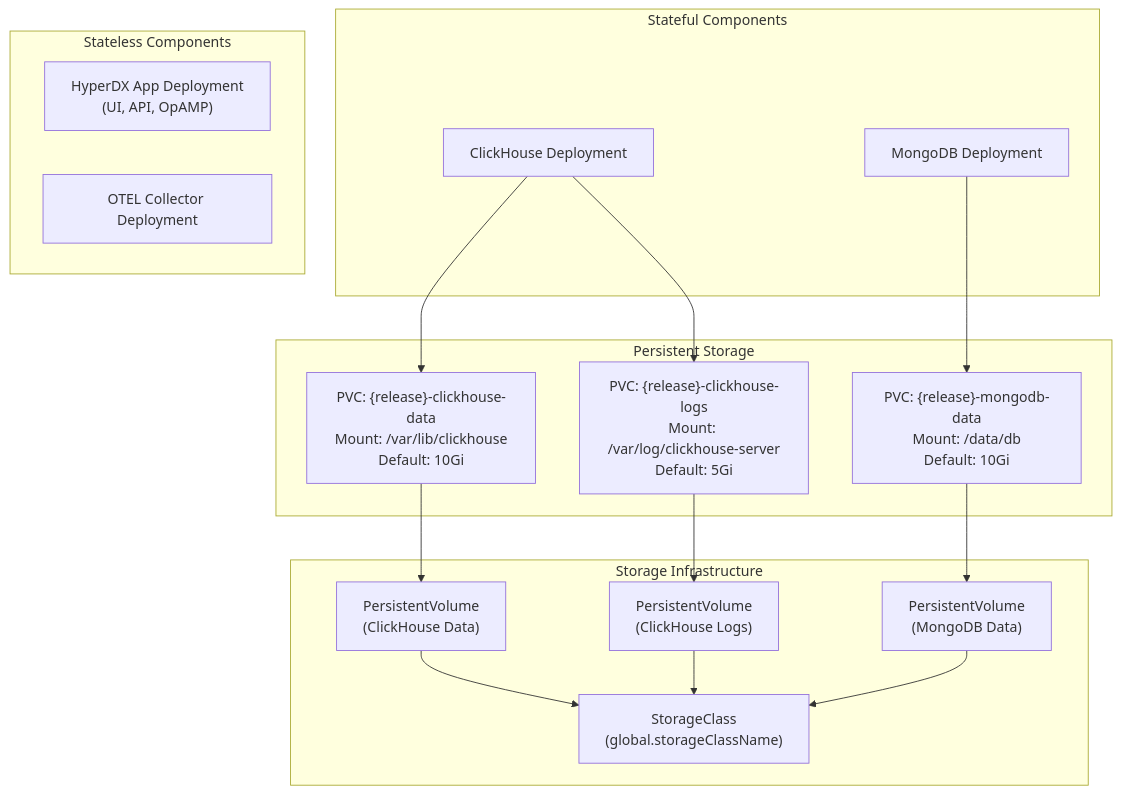
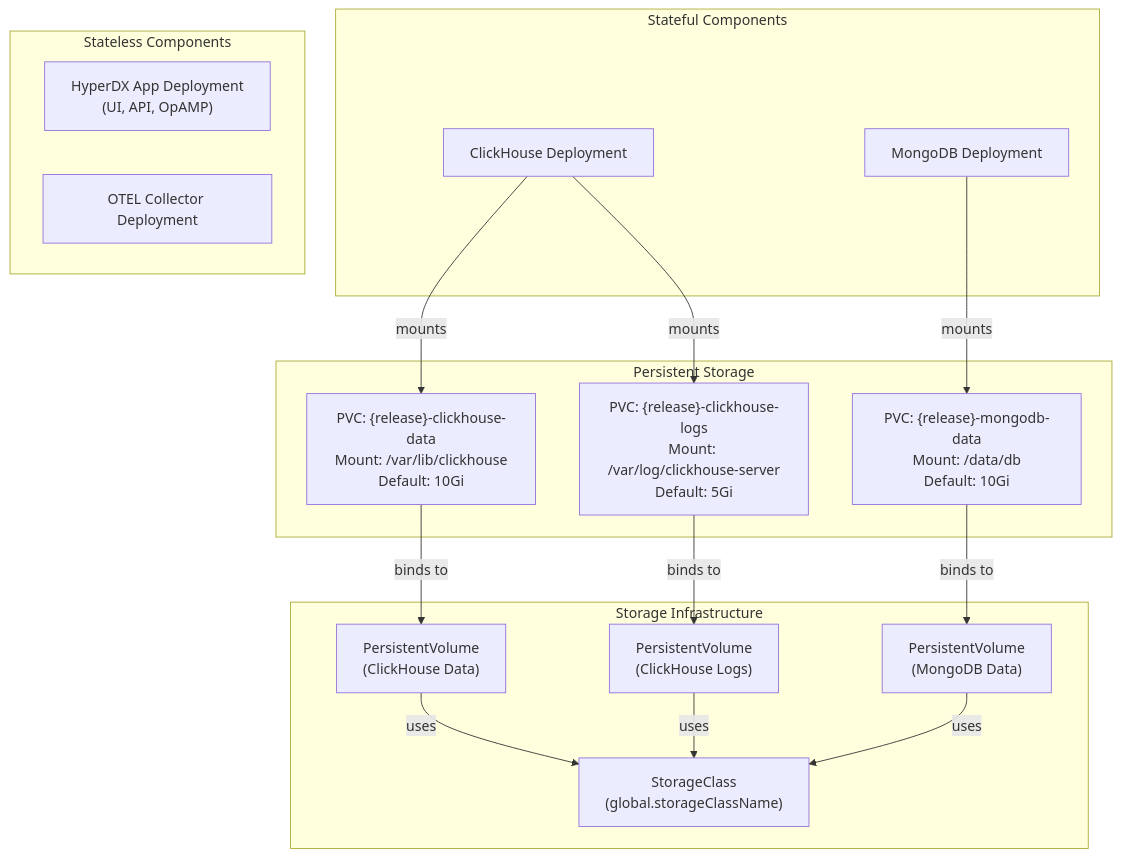
Before and after one commit to openchoreo/openchoreo: the first of 3 diagrams in docs/hyperdxio-helm-charts-docs/Persistence-and-Backups.md, drawn with Mermaid. The commit also changed 85 other files, not shown here.

Commit message:
feat: Add new workflow and specification templates, update Helm chart dependencies, and clarify documentation diagrams.

````diff
--- a/docs/hyperdxio-helm-charts-docs/Persistence-and-Backups.md
+++ b/docs/hyperdxio-helm-charts-docs/Persistence-and-Backups.md
@@ -18,48 +18,48 @@
 ```mermaid
 flowchart TD
 
 App["HyperDX App Deployment<br>(UI, API, OpAMP)"]
 OTEL["OTEL Collector Deployment"]
 CH["ClickHouse Deployment"]
 Mongo["MongoDB Deployment"]
 CHPVC1["PVC: {release}-clickhouse-data<br>Mount: /var/lib/clickhouse<br>Default: 10Gi"]
 CHPVC2["PVC: {release}-clickhouse-logs<br>Mount: /var/log/clickhouse-server<br>Default: 5Gi"]
 MongoPVC["PVC: {release}-mongodb-data<br>Mount: /data/db<br>Default: 10Gi"]
 SC["StorageClass<br>(global.storageClassName)"]
 PV1["PersistentVolume<br>(ClickHouse Data)"]
 PV2["PersistentVolume<br>(ClickHouse Logs)"]
 PV3["PersistentVolume<br>(MongoDB Data)"]
 
-CH --> CHPVC1
-CH --> CHPVC2
-Mongo --> MongoPVC
-CHPVC1 --> PV1
-CHPVC2 --> PV2
-MongoPVC --> PV3
+CH -->|"mounts"| CHPVC1
+CH -->|"mounts"| CHPVC2
+Mongo -->|"mounts"| MongoPVC
+CHPVC1 -->|"binds to"| PV1
+CHPVC2 -->|"binds to"| PV2
+MongoPVC -->|"binds to"| PV3
 
 subgraph subGraph3 ["Storage Infrastructure"]
     SC
     PV1
     PV2
     PV3
-    PV1 --> SC
-    PV2 --> SC
-    PV3 --> SC
+    PV1 -->|"uses"| SC
+    PV2 -->|"uses"| SC
+    PV3 -->|"uses"| SC
 end
 
 subgraph subGraph2 ["Persistent Storage"]
     CHPVC1
     CHPVC2
     MongoPVC
 end
 
 subgraph subGraph0 ["Stateful Components"]
     CH
     Mongo
 end
 
 subgraph subGraph1 ["Stateless Components"]
     App
     OTEL
 end
 ```
````
